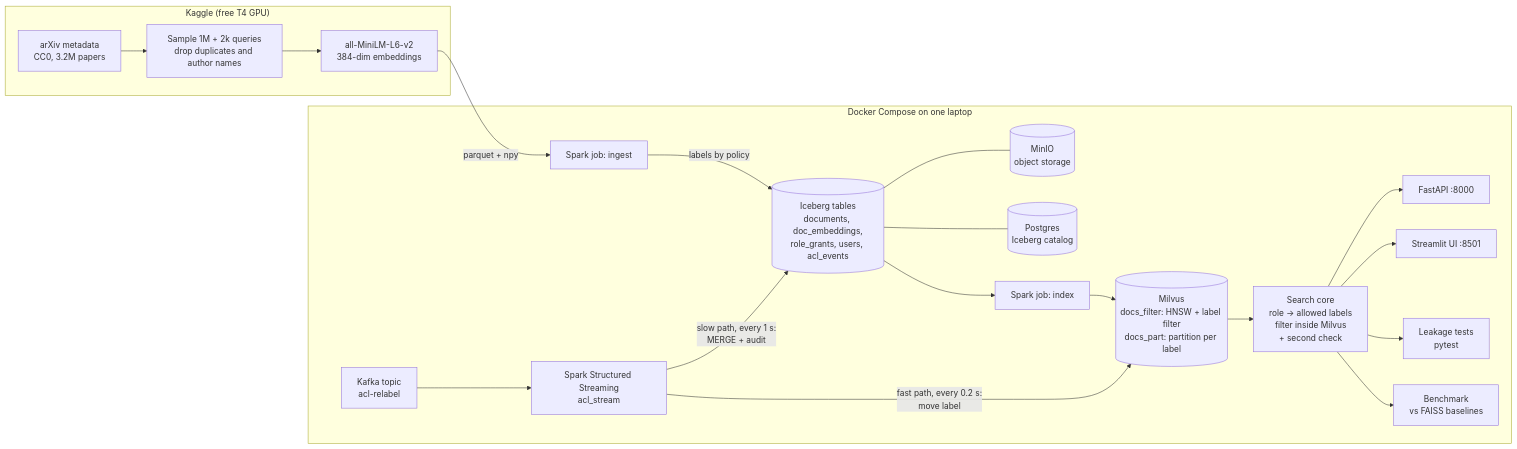
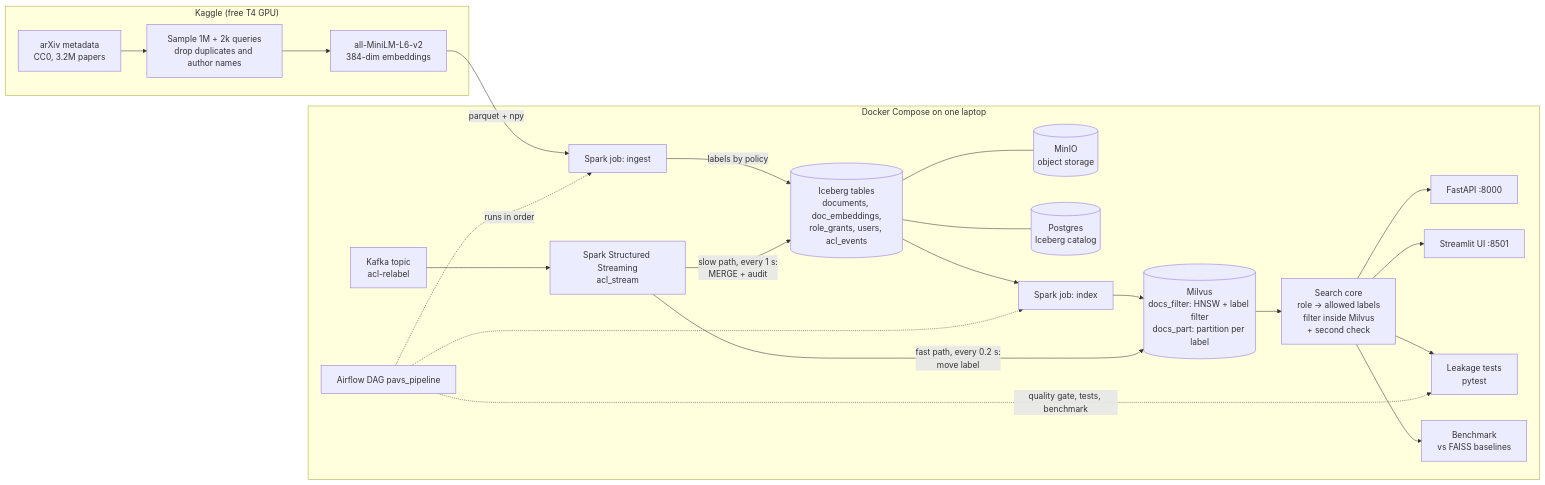
The diagram in README.md (AMAN-PRIYANSH/BDSRAE-PERMISSION_AWARE_VECTOR_SEARCH), drawn with Mermaid before and after one commit. The commit also changed other lines of this file and 23 other files, not shown here.

First line of the commit message:
Airflow orchestration with a data-quality gate

````diff
--- a/README.md
+++ b/README.md
@@ -25,24 +26,27 @@
 ```mermaid
 flowchart LR
     subgraph Kaggle["Kaggle (free T4 GPU)"]
         A[arXiv metadata<br/>CC0, 3.2M papers] --> B[Sample 1M + 2k queries<br/>drop duplicates and author names]
         B --> C[all-MiniLM-L6-v2<br/>384-dim embeddings]
     end
     C -->|parquet + npy| D
 
     subgraph Laptop["Docker Compose on one laptop"]
         D[Spark job: ingest] -->|labels by policy| E[(Iceberg tables<br/>documents, doc_embeddings,<br/>role_grants, users, acl_events)]
         E --- F[(MinIO<br/>object storage)]
         E --- G[(Postgres<br/>Iceberg catalog)]
         E --> H[Spark job: index]
         H --> I[(Milvus<br/>docs_filter: HNSW + label filter<br/>docs_part: partition per label)]
         K[Kafka topic<br/>acl-relabel] --> L[Spark Structured Streaming<br/>acl_stream]
         L -->|fast path, every 0.2 s:<br/>move label| I
         L -->|slow path, every 1 s:<br/>MERGE + audit| E
         I --> M[Search core<br/>role -> allowed labels<br/>filter inside Milvus<br/>+ second check]
         M --> N[FastAPI :8000]
         M --> O[Streamlit UI :8501]
         M --> P[Leakage tests<br/>pytest]
         M --> Q[Benchmark<br/>vs FAISS baselines]
+        AF[Airflow DAG pavs_pipeline] -.runs in order.-> D
+        AF -.-> H
+        AF -.quality gate, tests, benchmark.-> P
     end
 ```
````
